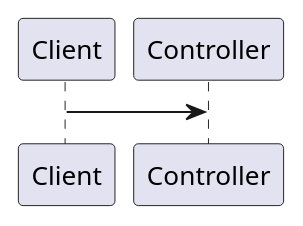
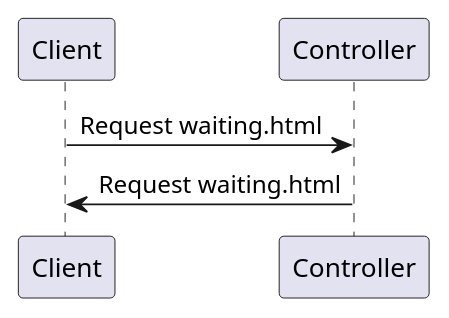
Before and after one commit to yanghoon/obsidian-workspace: the diagram in _diary/2024-06-08.md, drawn with PlantUML.

Commit message:
vault backup: 2024-06-08 14:07:38

````diff
--- a/_diary/2024-06-08.md
+++ b/_diary/2024-06-08.md
@@ -5,3 +5,4 @@
 ```plantuml
-Client -> Controller
+Client -> Controller: Request waiting.html
+Client <- Controller: Request waiting.html
 ```
````
